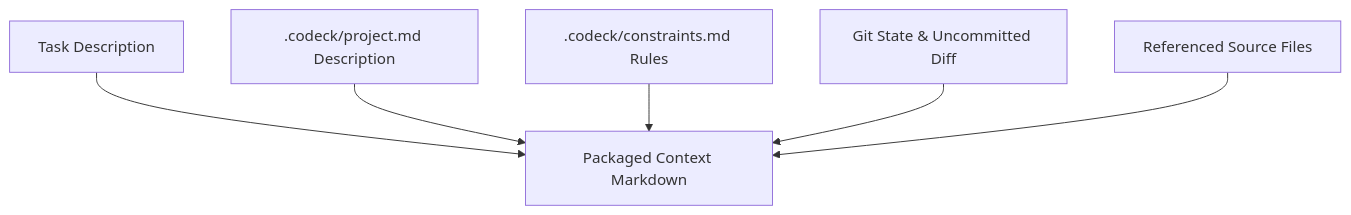
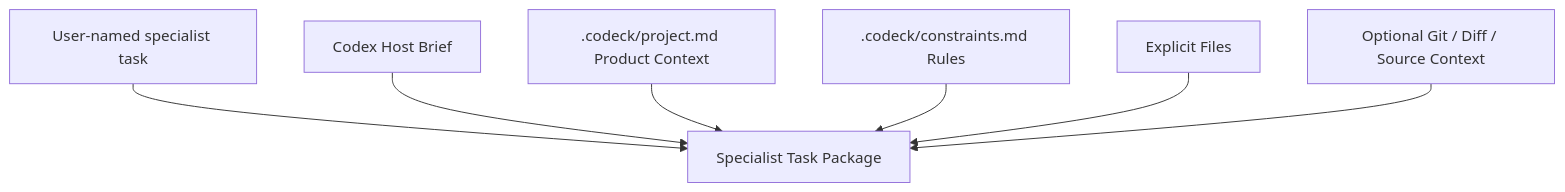
One commit to isdou/codeck changed the diagram in README_EN.md. Above: the diagram before and after it, drawn with Mermaid. The commit also changed other lines of this file and 32 other files, not shown here.

````diff
--- a/README_EN.md
+++ b/README_EN.md
@@ -158,8 +165,9 @@
 ```mermaid
 graph TD
-    A[Task Description] --> F[Packaged Context Markdown]
-    B[.codeck/project.md Description] --> F
-    C[.codeck/constraints.md Rules] --> F
-    D[Git State & Uncommitted Diff] --> F
-    E[Referenced Source Files] --> F
+    A[User-named specialist task] --> F[Specialist Task Package]
+    B[Codex Host Brief] --> F
+    C[.codeck/project.md Product Context] --> F
+    D[.codeck/constraints.md Rules] --> F
+    E[Explicit Files] --> F
+    G[Optional Git / Diff / Source Context] --> F
 ```
````
